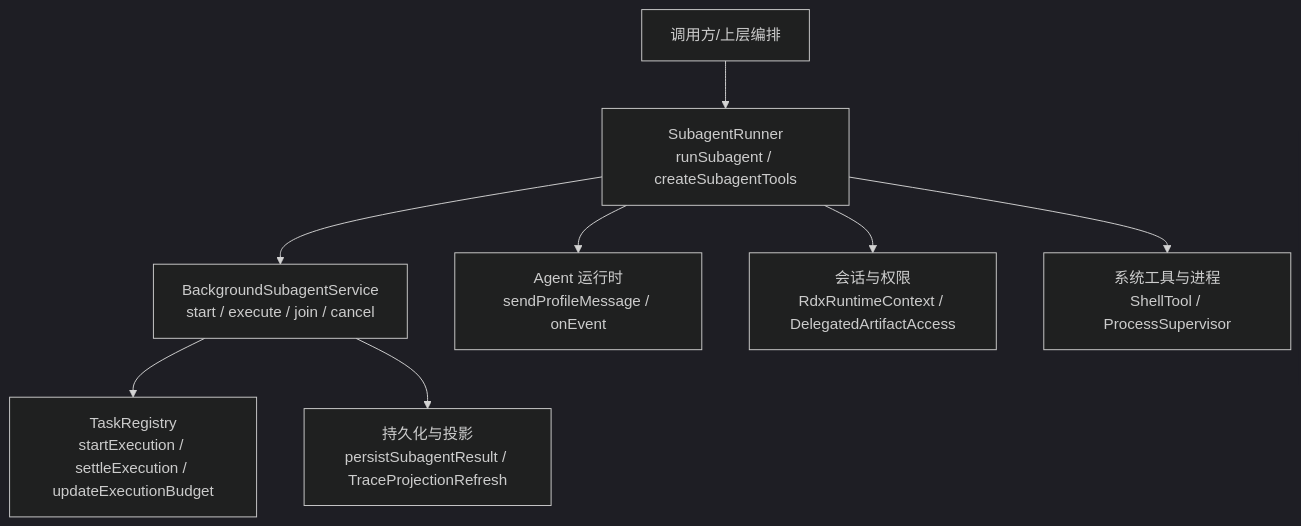
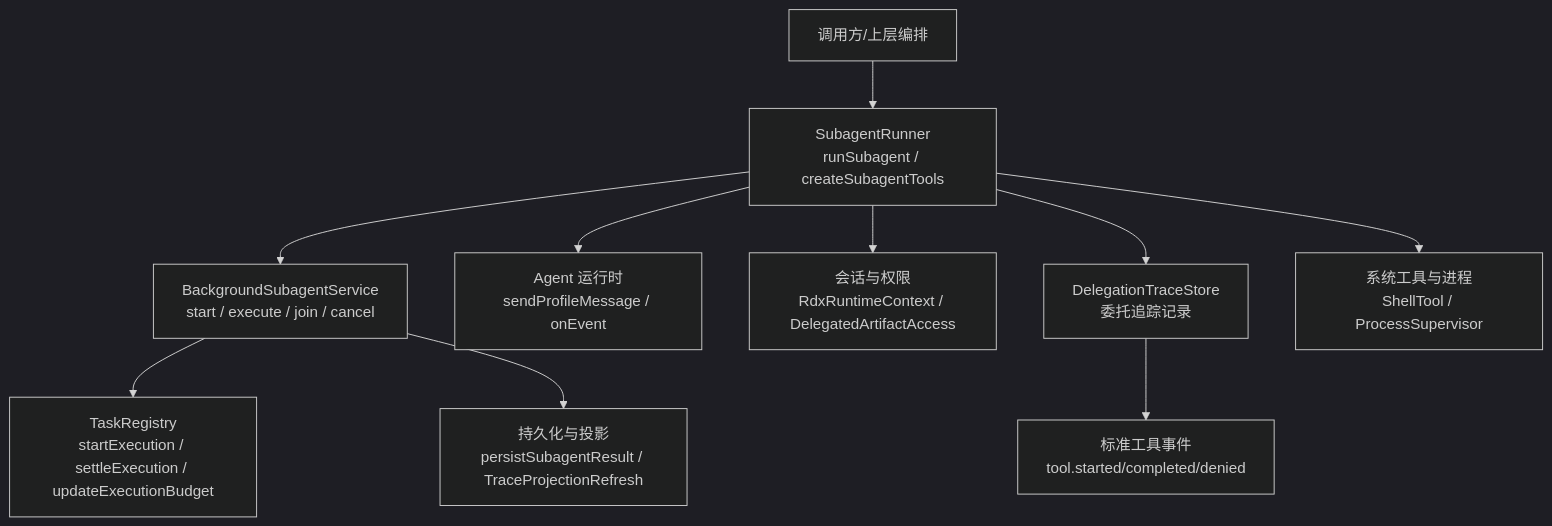
One commit to haolange/RDC-Agent changed the first of 8 diagrams in .qoder/repowiki/zh/content/架构设计/主进程架构/Agent 编排系统/SubagentRunner 子代理执行器.md. Above: the diagram before and after it, drawn with Mermaid (dark theme). The commit also changed other lines of this file and 25 other files, not shown here.

````diff
--- a/.qoder/repowiki/zh/content/架构设计/主进程架构/Agent 编排系统/SubagentRunner 子代理执行器.md
+++ b/.qoder/repowiki/zh/content/架构设计/主进程架构/Agent 编排系统/SubagentRunner 子代理执行器.md
@@ -38,10 +45,12 @@
 ```mermaid
 graph TB
 A["调用方/上层编排"] --> B["SubagentRunner<br/>runSubagent / createSubagentTools"]
 B --> C["BackgroundSubagentService<br/>start / execute / join / cancel"]
 C --> D["TaskRegistry<br/>startExecution / settleExecution / updateExecutionBudget"]
 B --> E["Agent 运行时<br/>sendProfileMessage / onEvent"]
 B --> F["会话与权限<br/>RdxRuntimeContext / DelegatedArtifactAccess"]
-C --> G["持久化与投影<br/>persistSubagentResult / TraceProjectionRefresh"]
-B --> H["系统工具与进程<br/>ShellTool / ProcessSupervisor"]
+B --> G["DelegationTraceStore<br/>委托追踪记录"]
+C --> H["持久化与投影<br/>persistSubagentResult / TraceProjectionRefresh"]
+B --> I["系统工具与进程<br/>ShellTool / ProcessSupervisor"]
+G --> J["标准工具事件<br/>tool.started/completed/denied"]
 ```
````
